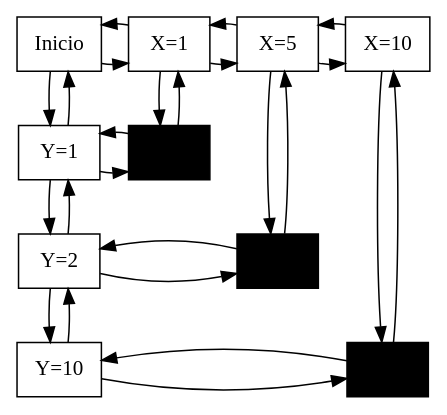
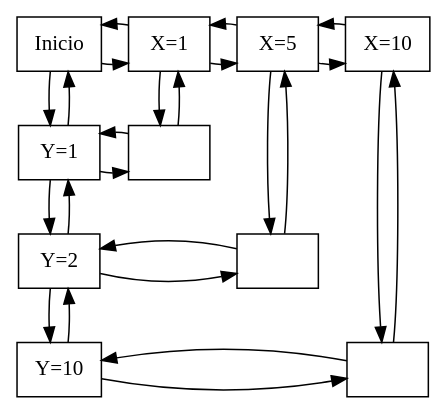
One commit to davidjr01/EDD_Fases_201801106 changed the diagram in EDD_Fase2/Grafica.dot. Above: the diagram before and after it, drawn with Graphviz. The commit also changed 5 other files, not shown here.

```diff
--- a/EDD_Fase2/Grafica.dot
+++ b/EDD_Fase2/Grafica.dot
@@ -1,43 +1,43 @@
 digraph G {
 node[styles="filled" , shape="box"]
 Y0[label="Inicio" ,group=0]
 Y1[label="Y=1",group=0]
 Y0->Y1
 Y1->Y0
 Y2[label="Y=2",group=0]
 Y1->Y2
 Y2->Y1
 Y10[label="Y=10",group=0]
 Y2->Y10
 Y10->Y2
 X1[label="X=1",group=1]
-nodo11[label="",group=1,style="filled",fillcolor="black" ]
+nodo11[label="",group=1]
 X1->nodo11
 nodo11->X1
 Y0->X1
 X1->Y0
 {rank="same";Y0;X1;}
 X5[label="X=5",group=2]
-nodo52[label="",group=2,style="filled",fillcolor="black" ]
+nodo52[label="",group=2]
 X5->nodo52
 nodo52->X5
 X1->X5
 X5->X1
 {rank="same";X1;X5}
 X10[label="X=10",group=3]
-nodo1010[label="",group=3,style="filled",fillcolor="black" ]
+nodo1010[label="",group=3]
 X10->nodo1010
 nodo1010->X10
 X5->X10
 X10->X5
 {rank="same";X5;X10}
 Y1->nodo11
 nodo11->Y1
 {rank="same";Y1;nodo11;}
 Y2->nodo52
 nodo52->Y2
 {rank="same";Y2;nodo52;}
 Y10->nodo1010
 nodo1010->Y10
 {rank="same";Y10;nodo1010;}
 }
```
